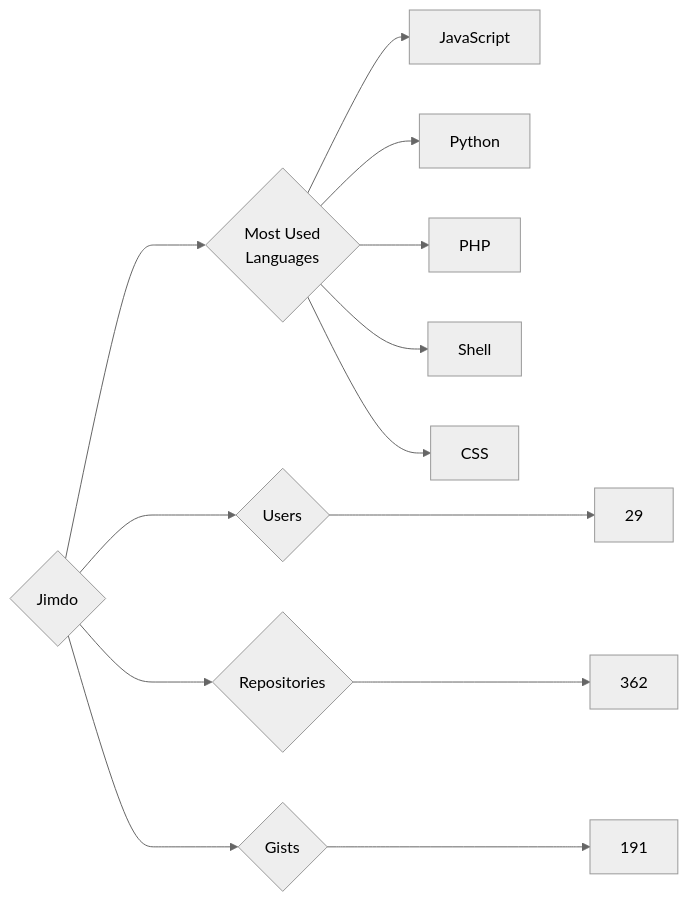
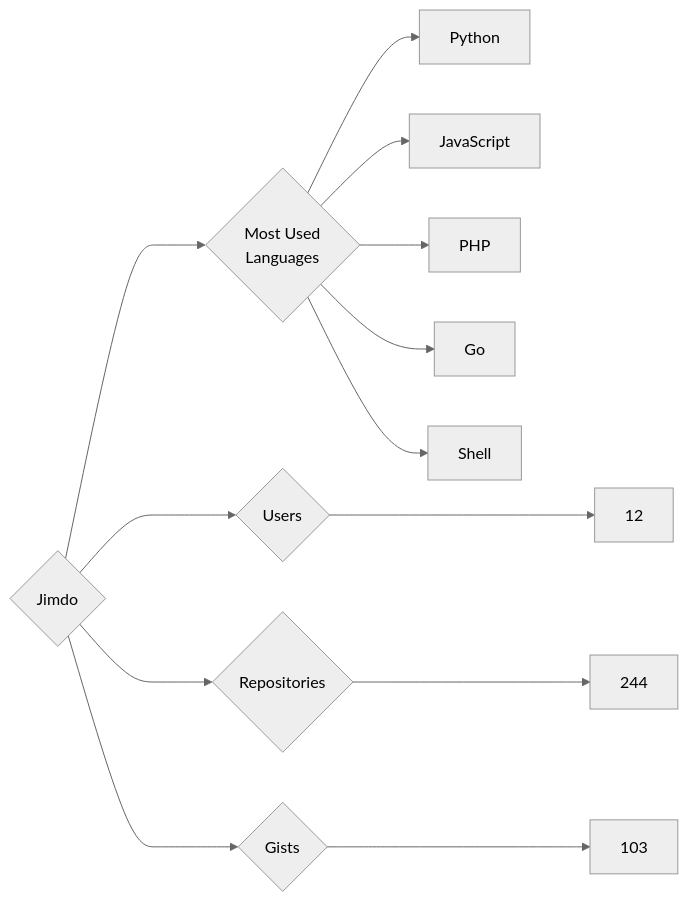
The diagram in targets/Jimdo/README.md (trickest/insiders), drawn with Mermaid (neutral theme) before and after one commit. The commit also changed 924 other files, not shown here.

````diff
--- a/targets/Jimdo/README.md
+++ b/targets/Jimdo/README.md
@@ -3,13 +3,13 @@
 ```mermaid
 graph LR
 COMPANY_NAME{Jimdo}
-COMPANY_NAME ---> U{Users} ---> UN[29]
-COMPANY_NAME ---> R{Repositories} ---> RN[362]
-COMPANY_NAME ---> G{Gists} ---> GN[191]
+COMPANY_NAME ---> U{Users} ---> UN[12]
+COMPANY_NAME ---> R{Repositories} ---> RN[244]
+COMPANY_NAME ---> G{Gists} ---> GN[103]
 COMPANY_NAME ---> ML{Most Used<br>Languages}
+ML --> Python[Python]
 ML --> JavaScript[JavaScript]
-ML --> Python[Python]
 ML --> PHP[PHP]
+ML --> Go[Go]
 ML --> Shell[Shell]
-ML --> CSS[CSS]
 ```
````
